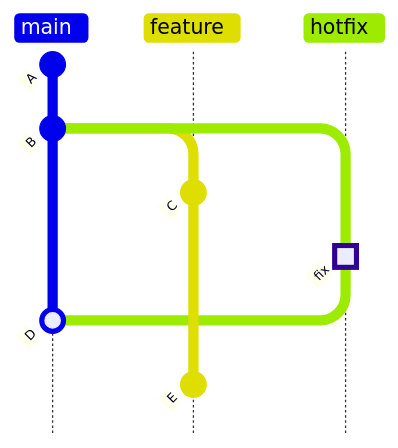
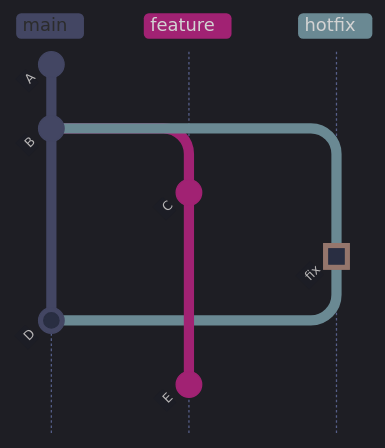
Before and after one commit to alp78/elysium: the third of 11 diagrams in content/08-Git/03-git-branching-and-merging.md, drawn with Mermaid. The commit also changed other lines of this file and 8 other files, not shown here.

````diff
--- a/content/08-Git/03-git-branching-and-merging.md
+++ b/content/08-Git/03-git-branching-and-merging.md
@@ -118,15 +290,26 @@
 ```mermaid
-
+%%{init: {'theme': 'dark', 'themeVariables': {
+  'primaryColor': '#292e42',
+  'primaryTextColor': '#c0caf5',
+  'primaryBorderColor': '#565f89',
+  'lineColor': '#565f89',
+  'secondaryColor': '#1a1b26',
+  'tertiaryColor': '#24283b',
+  'noteTextColor': '#c0caf5',
+  'noteBkgColor': '#292e42',
+  'textColor': '#c0caf5',
+  'fontSize': '14px'
+}, 'gitGraph': {'mainBranchName': 'main'}}}%%
 gitGraph TB:
   commit id: "A"
   commit id: "B"
   branch feature
   commit id: "C"
   checkout main
   branch hotfix
   commit id: "fix" type: HIGHLIGHT
   checkout main
   merge hotfix id: "D"
   checkout feature
   commit id: "E"
 ```
````
